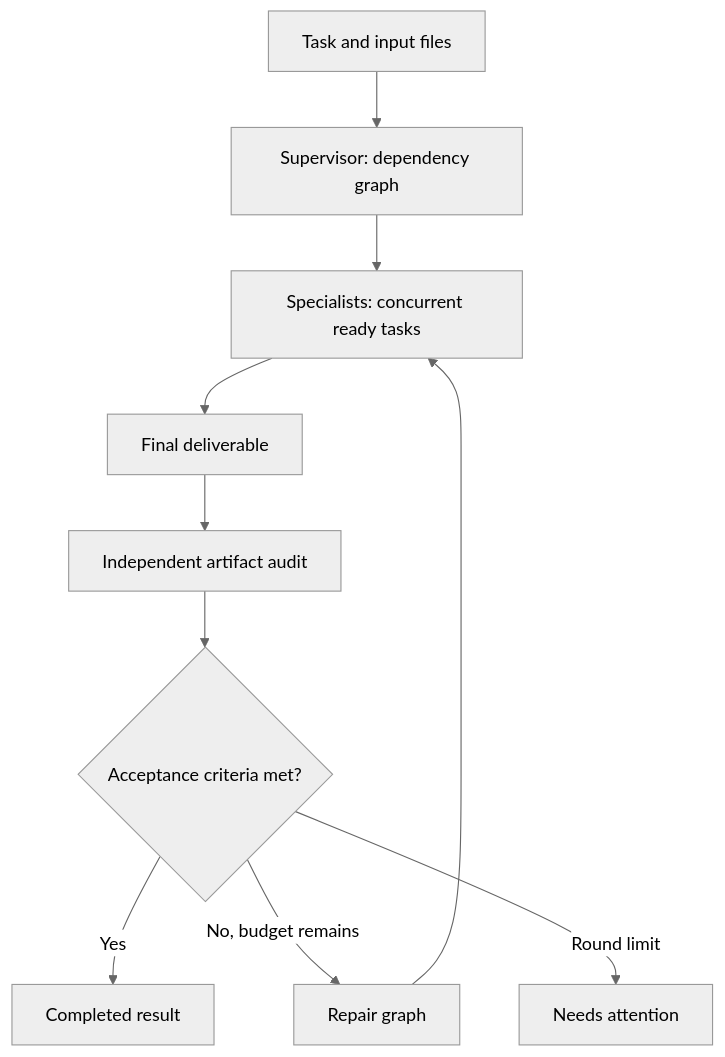
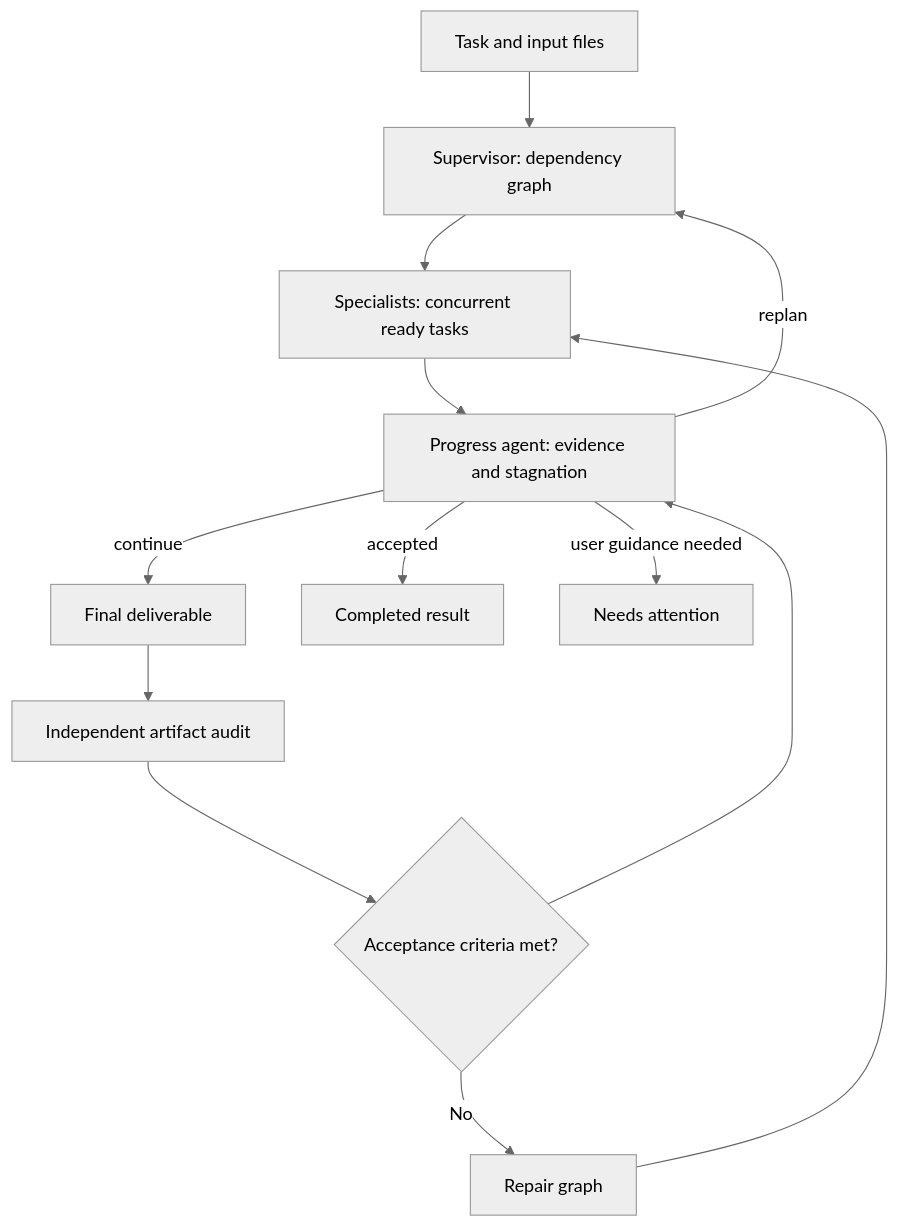
One commit to KazKozDev/waypost changed the diagram in docs/swarm.md. Above: the diagram before and after it, drawn with Mermaid (neutral theme). The commit also changed other lines of this file and 12 other files, not shown here.

````diff
--- a/docs/swarm.md
+++ b/docs/swarm.md
@@ -10,12 +10,15 @@
 ```mermaid
 flowchart TD
     Task[Task and input files] --> Supervisor[Supervisor: dependency graph]
     Supervisor --> Workers[Specialists: concurrent ready tasks]
-    Workers --> Synthesis[Final deliverable]
+    Workers --> Progress[Progress agent: evidence and stagnation]
+    Progress -->|continue| Synthesis[Final deliverable]
+    Progress -->|replan| Supervisor
     Synthesis --> Audit[Independent artifact audit]
     Audit --> Verdict{Acceptance criteria met?}
-    Verdict -->|Yes| Result[Completed result]
-    Verdict -->|No, budget remains| Repair[Repair graph]
+    Verdict --> Progress
+    Progress -->|accepted| Result[Completed result]
+    Verdict -->|No| Repair[Repair graph]
     Repair --> Workers
-    Verdict -->|Round limit| Partial[Needs attention]
+    Progress -->|user guidance needed| Partial[Needs attention]
 ```
````
